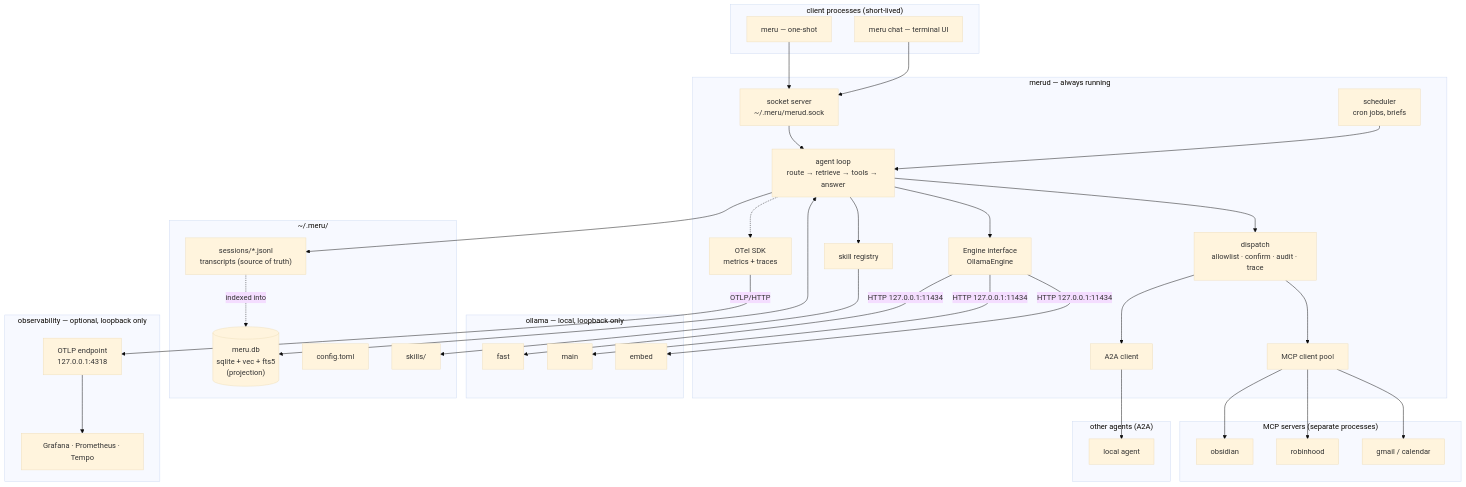
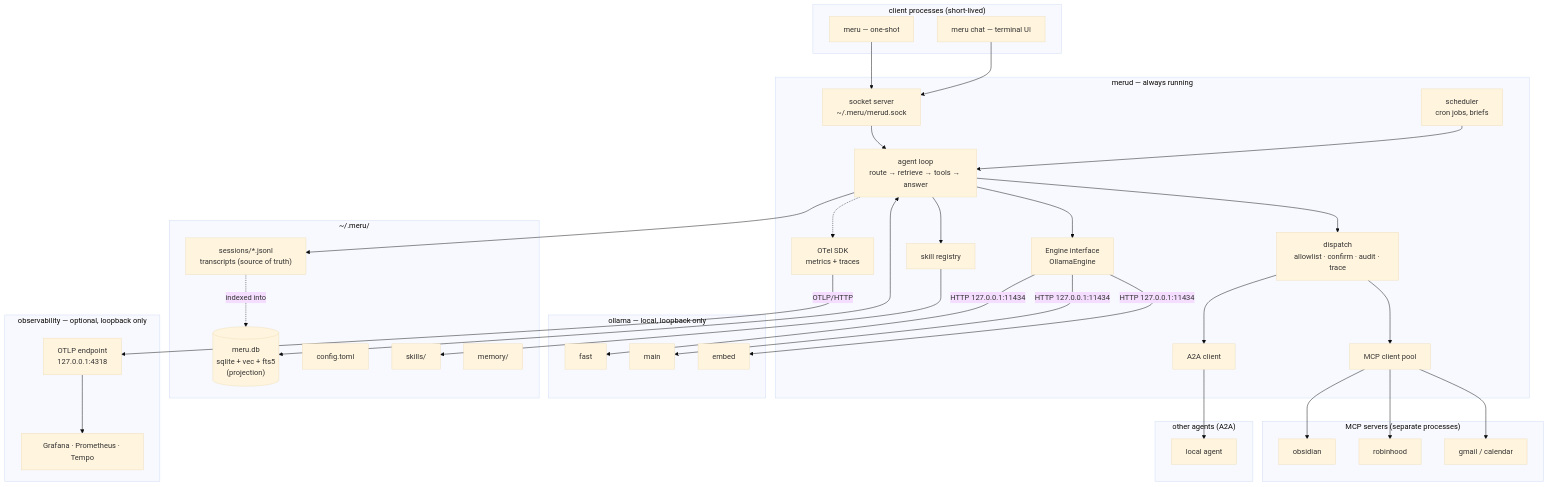
One commit to aarora79/meru changed the first of 5 diagrams in ARCHITECTURE.md. Above: the diagram before and after it, drawn with Mermaid (base theme). The commit also changed other lines of this file and 8 other files, not shown here.

First line of the commit message:
Docs: split the architecture into levels 100, 200 and 300

````diff
--- a/ARCHITECTURE.md
+++ b/ARCHITECTURE.md
@@ -85,66 +93,67 @@
 ```mermaid
 flowchart TB
     subgraph client["client processes (short-lived)"]
         CLI["meru — one-shot"]
         TUI["meru chat — terminal UI"]
     end
 
     subgraph daemon["merud — always running"]
         RPC["socket server<br/>~/.meru/merud.sock"]
         LOOP["agent loop<br/>route → retrieve → tools → answer"]
         SCHED["scheduler<br/>cron jobs, briefs"]
         EP["Engine interface<br/>OllamaEngine"]
         DISP["dispatch<br/>allowlist · confirm · audit · trace"]
         MCPC["MCP client pool"]
         A2AC["A2A client"]
         SKILLS["skill registry"]
         OTEL["OTel SDK<br/>metrics + traces"]
     end
 
     subgraph ollama["ollama — local, loopback only"]
         FAST["fast"]
         MAIN["main"]
         EMB["embed"]
     end
 
     subgraph store["~/.meru/"]
         SESS["sessions/*.jsonl<br/>transcripts (source of truth)"]
         DB[("meru.db<br/>sqlite + vec + fts5<br/>(projection)")]
         CFG["config.toml"]
         SKD["skills/"]
+        MEMD["memory/"]
     end
 
     subgraph ext["MCP servers (separate processes)"]
         S1["obsidian"]
         S2["robinhood"]
         S3["gmail / calendar"]
     end
 
     subgraph agents["other agents (A2A)"]
         AG1["local agent"]
     end
 
     subgraph obs["observability — optional, loopback only"]
         COL["OTLP endpoint<br/>127.0.0.1:4318"]
         GRAF["Grafana · Prometheus · Tempo"]
     end
 
     CLI --> RPC
     TUI --> RPC
     RPC --> LOOP
     SCHED --> LOOP
     LOOP --> EP
     EP -- "HTTP 127.0.0.1:11434" --> FAST & MAIN & EMB
     LOOP --> DISP
     DISP --> MCPC & A2AC
     MCPC --> S1 & S2 & S3
     A2AC --> AG1
     LOOP --> SKILLS
     SKILLS --> SKD
     LOOP --> SESS
     SESS -. "indexed into" .-> DB
     LOOP <--> DB
     LOOP -.-> OTEL
     OTEL -- "OTLP/HTTP" --> COL
     COL --> GRAF
 ```
````
